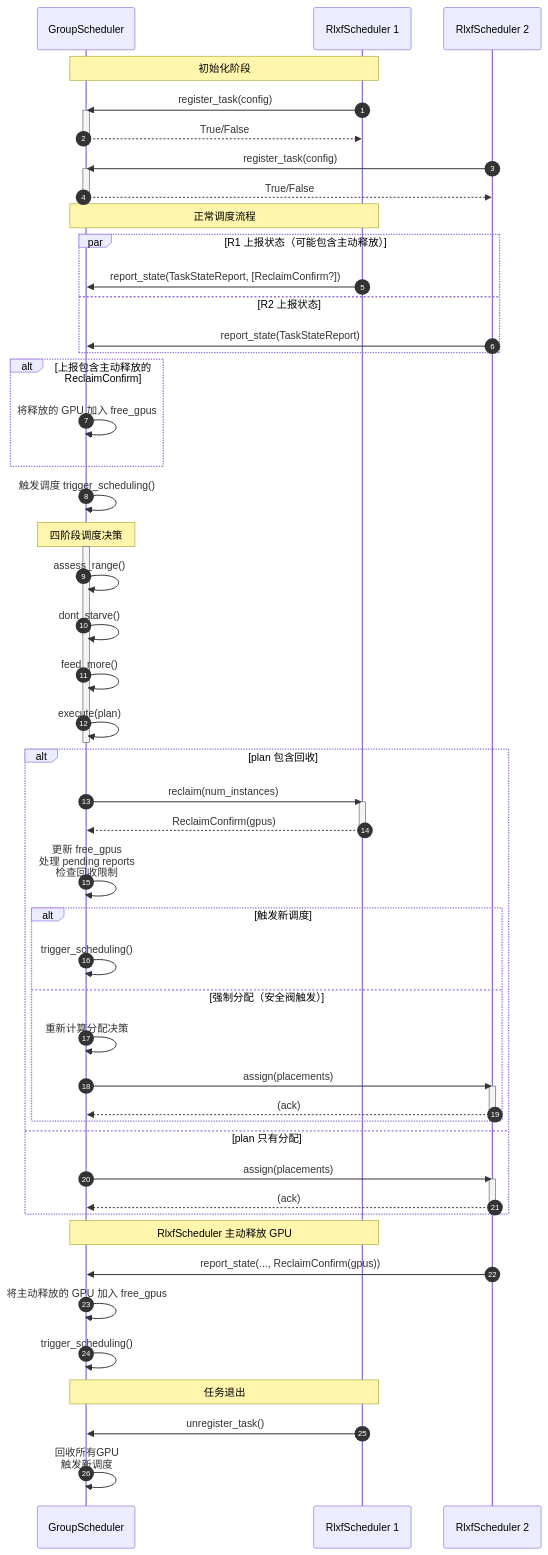
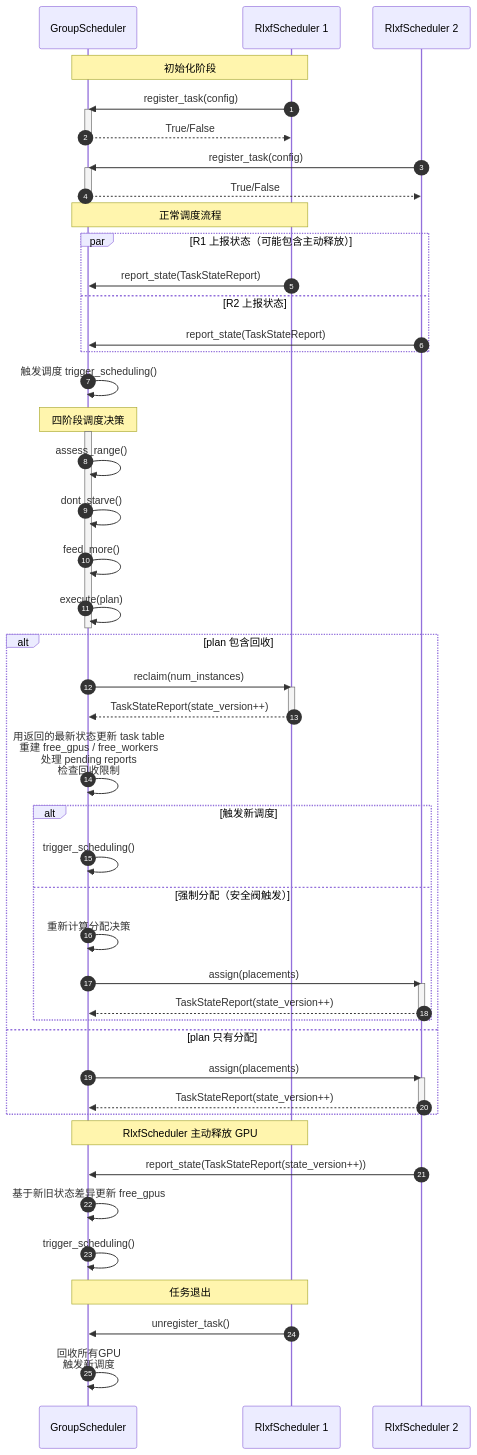
One commit to tianyi-ge/multi-rl-task-scheduler changed the diagram in docs/superpowers/specs/2026-03-24-grpo-gpu-scheduler-design.md. Above: the diagram before and after it, drawn with Mermaid. The commit also changed other lines of this file and 8 other files, not shown here.

````diff
--- a/docs/superpowers/specs/2026-03-24-grpo-gpu-scheduler-design.md
+++ b/docs/superpowers/specs/2026-03-24-grpo-gpu-scheduler-design.md
@@ -85,71 +89,67 @@
 ```mermaid
 sequenceDiagram
     autonumber
     participant GS as GroupScheduler
     participant R1 as RlxfScheduler 1
     participant R2 as RlxfScheduler 2
 
     Note over R1,GS: 初始化阶段
     R1->>GS: register_task(config)
     activate GS
     GS-->>R1: True/False
     deactivate GS
     R2->>GS: register_task(config)
     activate GS
     GS-->>R2: True/False
     deactivate GS
 
     Note over R1,GS: 正常调度流程
     par R1 上报状态（可能包含主动释放）
-        R1->>GS: report_state(TaskStateReport, [ReclaimConfirm?])
+        R1->>GS: report_state(TaskStateReport)
     and R2 上报状态
         R2->>GS: report_state(TaskStateReport)
-    end
-
-    alt 上报包含主动释放的 ReclaimConfirm
-        GS->>GS: 将释放的 GPU 加入 free_gpus
     end
 
     GS->>GS: 触发调度 trigger_scheduling()
 
     Note over GS: 四阶段调度决策
     activate GS
     GS->>GS: assess_range()
     GS->>GS: dont_starve()
     GS->>GS: feed_more()
     GS->>GS: execute(plan)
     deactivate GS
 
     alt plan 包含回收
         GS->>R1: reclaim(num_instances)
         activate R1
-        R1-->>GS: ReclaimConfirm(gpus)
+        R1-->>GS: TaskStateReport(state_version++)
         deactivate R1
 
-        GS->>GS: 更新 free_gpus<br/>处理 pending reports<br/>检查回收限制
+        GS->>GS: 用返回的最新状态更新 task table<br/>重建 free_gpus / free_workers<br/>处理 pending reports<br/>检查回收限制
 
         alt 触发新调度
             GS->>GS: trigger_scheduling()
         else 强制分配（安全阀触发）
             GS->>GS: 重新计算分配决策
             GS->>R2: assign(placements)
             activate R2
-            R2-->>GS: (ack)
+            R2-->>GS: TaskStateReport(state_version++)
             deactivate R2
         end
     else plan 只有分配
         GS->>R2: assign(placements)
         activate R2
-        R2-->>GS: (ack)
+        R2-->>GS: TaskStateReport(state_version++)
         deactivate R2
     end
 
     Note over R1,GS: RlxfScheduler 主动释放 GPU
-    R2->>GS: report_state(..., ReclaimConfirm(gpus))
-    GS->>GS: 将主动释放的 GPU 加入 free_gpus
+    R2->>GS: report_state(TaskStateReport(state_version++))
+    GS->>GS: 基于新旧状态差异更新 free_gpus
     GS->>GS: trigger_scheduling()
 
     Note over R1,GS: 任务退出
     R1->>GS: unregister_task()
     GS->>GS: 回收所有GPU<br/>触发新调度
 ```
````
